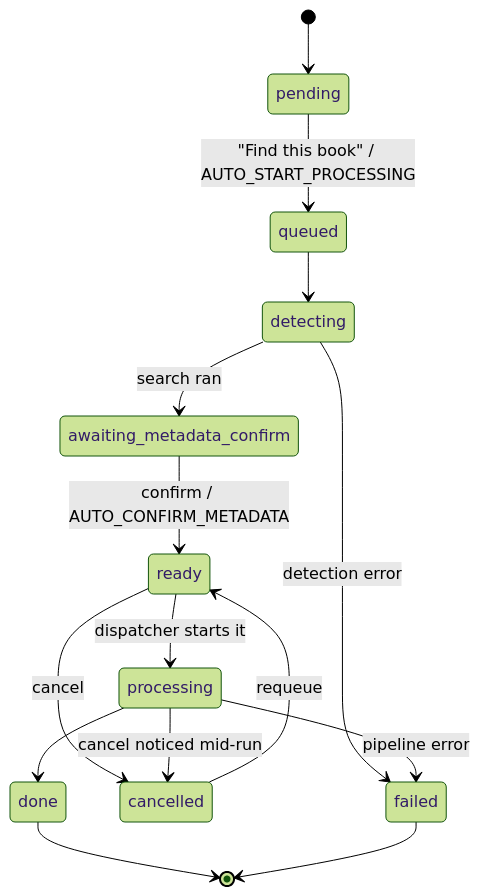
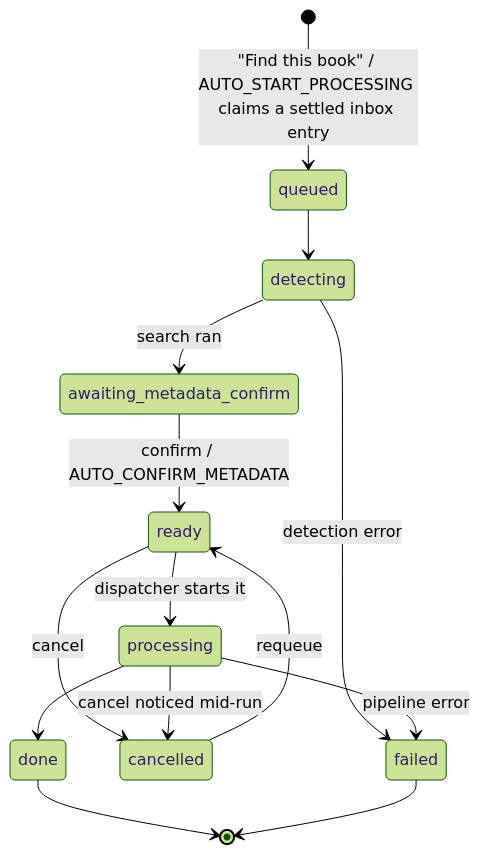
The diagram in ARCHITECTURE.md (bethomas112/audiobook-converter), drawn with Mermaid (forest theme) before and after one commit. The commit also changed other lines of this file and 1 other file, not shown here.

````diff
--- a/ARCHITECTURE.md
+++ b/ARCHITECTURE.md
@@ -62,17 +62,16 @@
 ```mermaid
 stateDiagram-v2
-    [*] --> pending
-    pending --> queued: "Find this book" / AUTO_START_PROCESSING
+    [*] --> queued: "Find this book" / AUTO_START_PROCESSING claims a settled inbox entry
     queued --> detecting
     detecting --> awaiting_metadata_confirm: search ran
     detecting --> failed: detection error
     awaiting_metadata_confirm --> ready: confirm / AUTO_CONFIRM_METADATA
     ready --> processing: dispatcher starts it
     ready --> cancelled: cancel
     processing --> done
     processing --> failed: pipeline error
     processing --> cancelled: cancel noticed mid-run
     cancelled --> ready: requeue
     done --> [*]
     failed --> [*]
 ```
````
